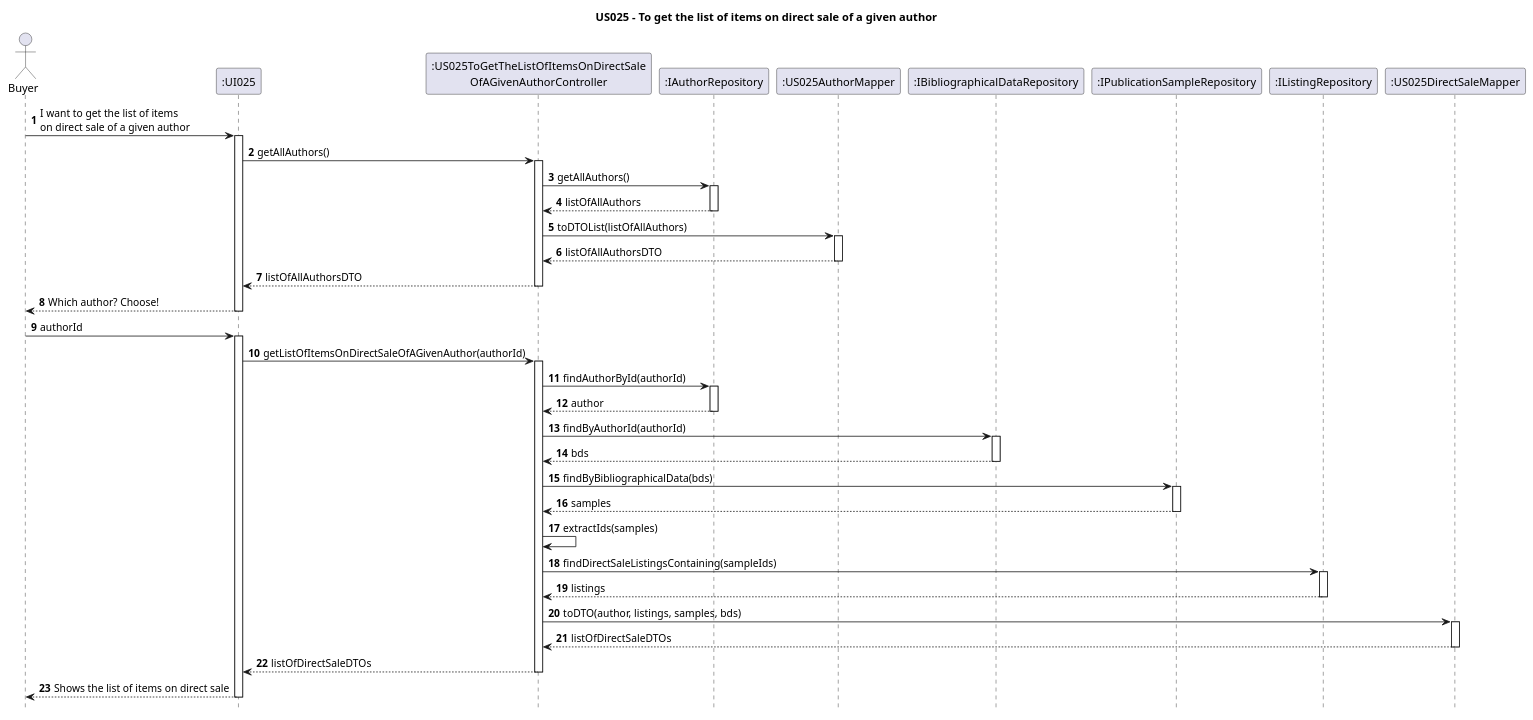
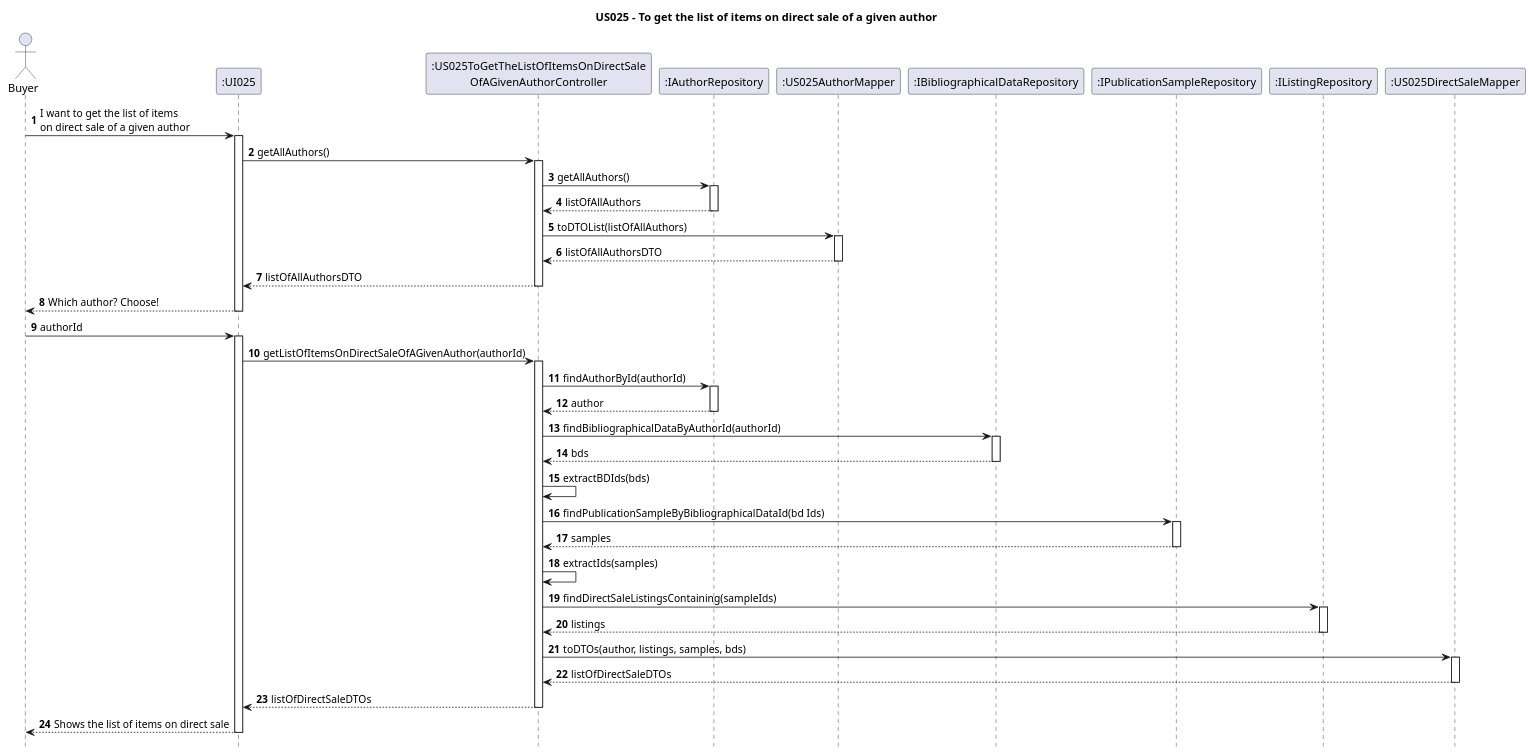
Before and after one commit to AndrePereiraGitH/SWitCH-Project-Team_A: the diagram in Diagrams/SequenceDiagrams/N2/US025-to-get-the-list-of-items-on-direct-sale-of-a-given-author.puml, drawn with PlantUML. The commit also changed 9 other files, not shown here.

```diff
--- a/Diagrams/SequenceDiagrams/N2/US025-to-get-the-list-of-items-on-direct-sale-of-a-given-author.puml
+++ b/Diagrams/SequenceDiagrams/N2/US025-to-get-the-list-of-items-on-direct-sale-of-a-given-author.puml
@@ -1,81 +1,83 @@
 @startuml
 
 hide footbox
 autonumber
 title US025 - To get the list of items on direct sale of a given author
 
 actor Buyer
 
 ' Participants
 participant ":UI025" as UI025
 participant ":US025ToGetTheListOfItemsOnDirectSale\nOfAGivenAuthorController" as Ctrl
 participant ":IAuthorRepository" as AuthorRepository
 participant ":US025AuthorMapper" as AuthorMapper
 participant ":IBibliographicalDataRepository" as BibliographicalDataRepository
 participant ":IPublicationSampleRepository" as PublicationSampleRepository
 participant ":IListingRepository" as ListingRepository
 participant ":US025DirectSaleMapper" as Mapper
 
 ' Interactions
 Buyer -> UI025 : I want to get the list of items\non direct sale of a given author
 activate UI025
 
 UI025 -> Ctrl : getAllAuthors()
 activate Ctrl
 
 Ctrl -> AuthorRepository : getAllAuthors()
 activate AuthorRepository
 AuthorRepository --> Ctrl : listOfAllAuthors
 deactivate AuthorRepository
 
 Ctrl -> AuthorMapper : toDTOList(listOfAllAuthors)
 activate AuthorMapper
 AuthorMapper --> Ctrl : listOfAllAuthorsDTO
 deactivate AuthorMapper
 
 Ctrl --> UI025 : listOfAllAuthorsDTO
 deactivate Ctrl
 
 UI025 --> Buyer : Which author? Choose!
 deactivate UI025
 
 Buyer -> UI025 : authorId
 activate UI025
 
 UI025 -> Ctrl : getListOfItemsOnDirectSaleOfAGivenAuthor(authorId)
 activate Ctrl
 
 Ctrl -> AuthorRepository : findAuthorById(authorId)
 activate AuthorRepository
 AuthorRepository --> Ctrl : author
 deactivate AuthorRepository
 
-Ctrl -> BibliographicalDataRepository : findByAuthorId(authorId)
+Ctrl -> BibliographicalDataRepository : findBibliographicalDataByAuthorId(authorId)
 activate BibliographicalDataRepository
 BibliographicalDataRepository --> Ctrl : bds
 deactivate BibliographicalDataRepository
 
-Ctrl -> PublicationSampleRepository : findByBibliographicalData(bds)
+Ctrl -> Ctrl : extractBDIds(bds)
+
+Ctrl -> PublicationSampleRepository : findPublicationSampleByBibliographicalDataId(bd Ids)
 activate PublicationSampleRepository
 PublicationSampleRepository --> Ctrl : samples
 deactivate PublicationSampleRepository
 
 Ctrl -> Ctrl : extractIds(samples)
 
 Ctrl -> ListingRepository : findDirectSaleListingsContaining(sampleIds)
 activate ListingRepository
 ListingRepository --> Ctrl : listings
 deactivate ListingRepository
 
-Ctrl -> Mapper : toDTO(author, listings, samples, bds)
+Ctrl -> Mapper : toDTOs(author, listings, samples, bds)
 activate Mapper
 Mapper --> Ctrl : listOfDirectSaleDTOs
 deactivate Mapper
 
 Ctrl --> UI025 : listOfDirectSaleDTOs
 deactivate Ctrl
 
 UI025 --> Buyer : Shows the list of items on direct sale
 deactivate UI025
 
 @enduml
```
